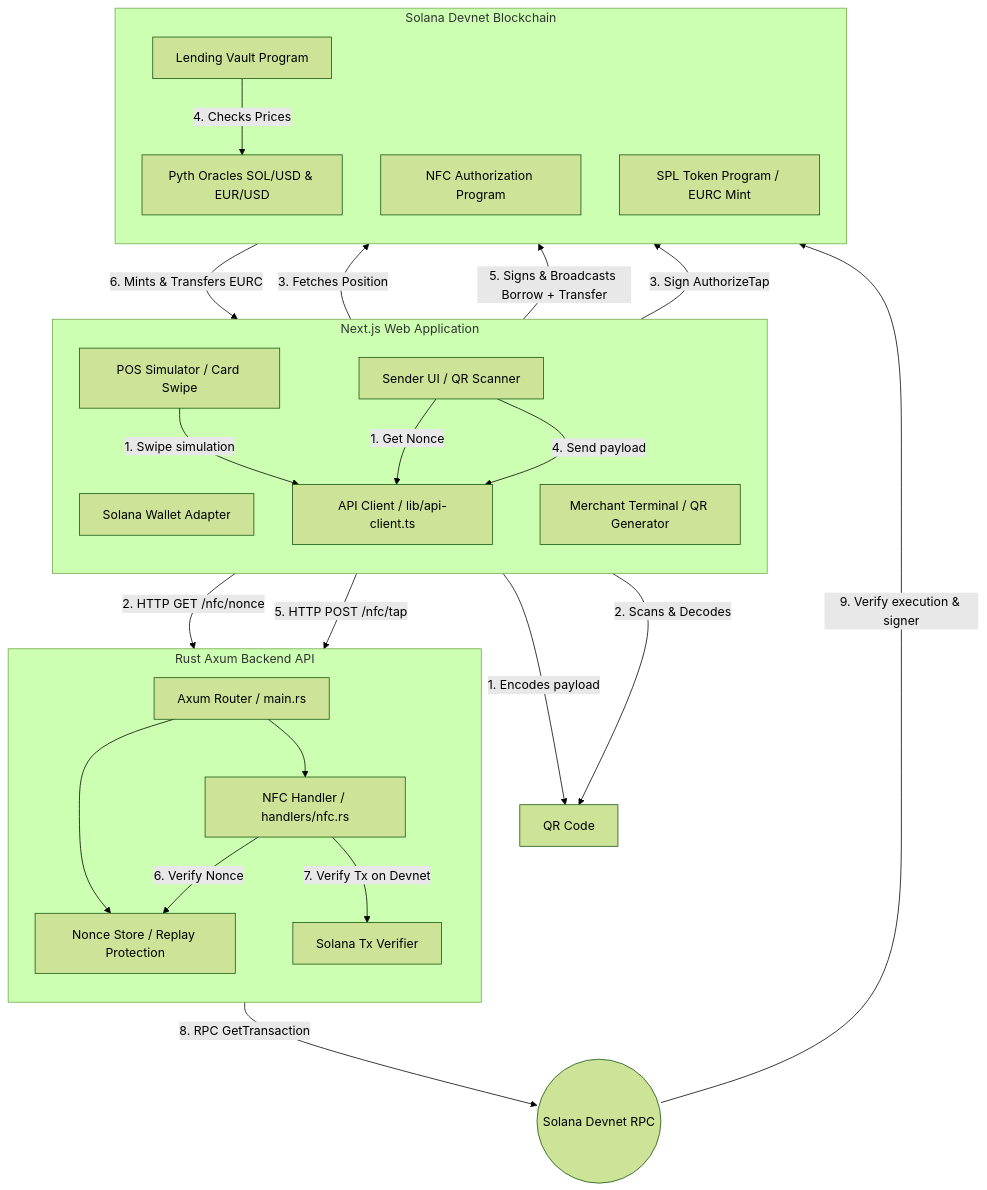
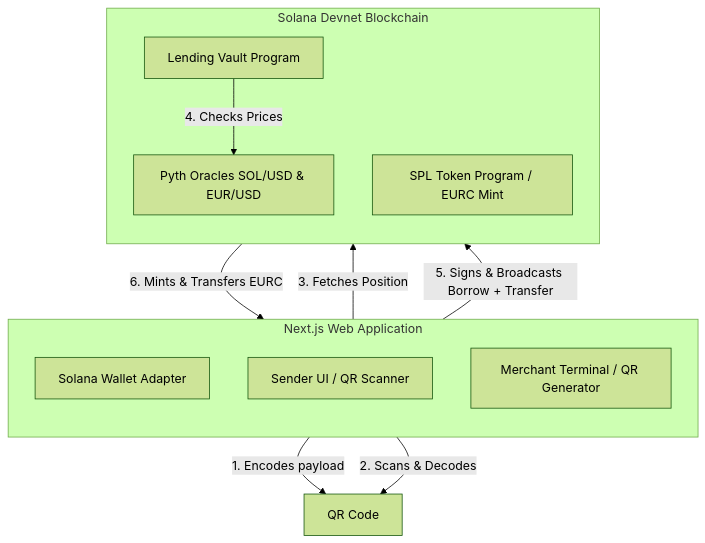
The second of 2 diagrams in README.md (sks006/digital_payment_system), drawn with Mermaid (forest theme) before and after one commit. The commit also changed other lines of this file, not shown here.

Commit message:
refactor: remove NFC payment flow details from README

````diff
--- a/README.md
+++ b/README.md
@@ -308,49 +293,24 @@
 ```mermaid
 graph TD
     subgraph Frontend [Next.js Web Application]
         direction TB
         Wallet[Solana Wallet Adapter]
         Sender[Sender UI / QR Scanner]
         MercUI[Merchant Terminal / QR Generator]
-        POS[POS Simulator / Card Swipe]
-        APIClient[API Client / lib/api-client.ts]
-    end
-
-    subgraph Backend [Rust Axum Backend API]
-        direction TB
-        Axum[Axum Router / main.rs]
-        Nonce[Nonce Store / Replay Protection]
-        NFCHandler[NFC Handler / handlers/nfc.rs]
-        SolVerify[Solana Tx Verifier]
     end
 
     subgraph Blockchain [Solana Devnet Blockchain]
         direction TB
         Lending[Lending Vault Program]
-        NFCAuth[NFC Authorization Program]
         Pyth[Pyth Oracles SOL/USD & EUR/USD]
         SPLToken[SPL Token Program / EURC Mint]
     end
 
     %% QR Pay Connections
     MercUI -->|1. Encodes payload| QR[QR Code]
     Sender -->|2. Scans & Decodes| QR
     Sender -->|3. Fetches Position| Lending
     Lending -->|4. Checks Prices| Pyth
     Sender -->|5. Signs & Broadcasts Borrow + Transfer| SPLToken
     SPLToken -->|6. Mints & Transfers EURC| Wallet
-
-    %% NFC Tap Connections
-    POS -->|1. Swipe simulation| APIClient
-    Sender -->|1. Get Nonce| APIClient
-    APIClient -->|2. HTTP GET /nfc/nonce| Axum
-    Axum --> Nonce
-    Sender -->|3. Sign AuthorizeTap| NFCAuth
-    Sender -->|4. Send payload| APIClient
-    APIClient -->|5. HTTP POST /nfc/tap| Axum
-    Axum --> NFCHandler
-    NFCHandler -->|6. Verify Nonce| Nonce
-    NFCHandler -->|7. Verify Tx on Devnet| SolVerify
-    SolVerify -->|8. RPC GetTransaction| ChainRPC((Solana Devnet RPC))
-    ChainRPC -->|9. Verify execution & signer| NFCAuth
 ```
````
